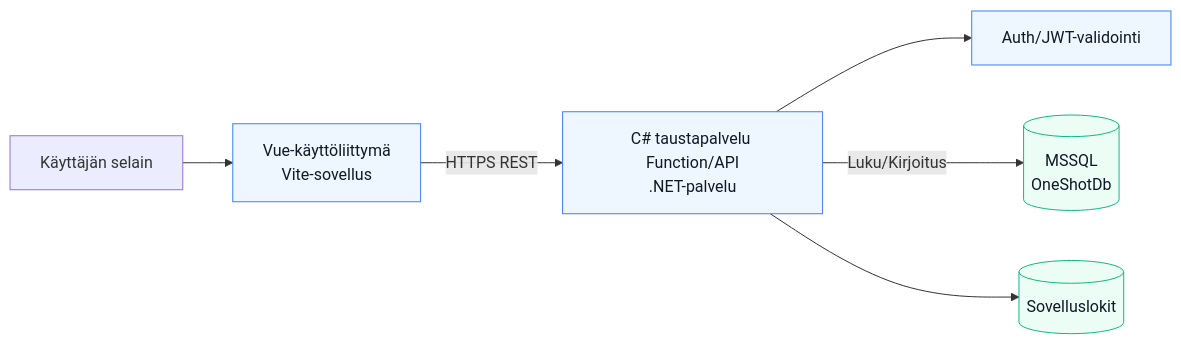
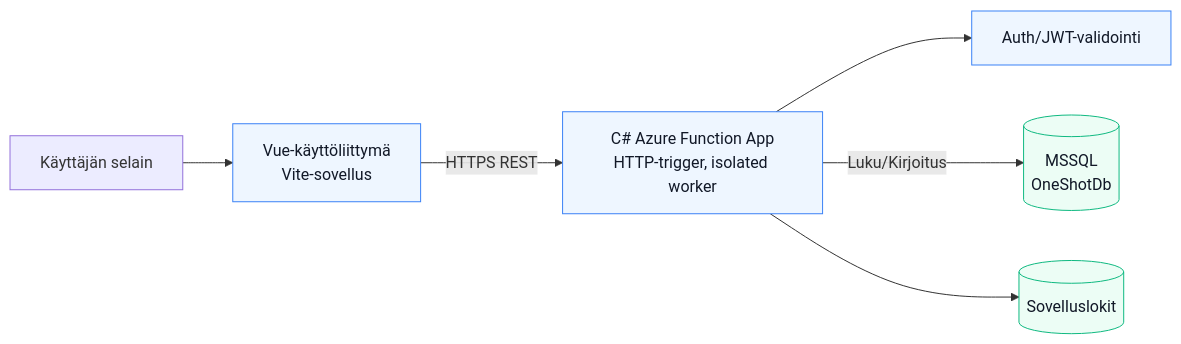
One commit to hvilppu/one-shot-web-page-boilerplate changed the diagram in docs/architecture.mmd. Above: the diagram before and after it, drawn with Mermaid. The commit also changed 7 other files, not shown here.

```diff
--- a/docs/architecture.mmd
+++ b/docs/architecture.mmd
@@ -1,21 +1,21 @@
 %% OneShot arkkitehtuurikaavio (Mermaid)
 flowchart LR
 
   user[Käyttäjän selain]
   vue[Vue-käyttöliittymä\nVite-sovellus]
-  api[C# taustapalvelu Function/API\n.NET-palvelu]
+  api[C# Azure Function App\nHTTP-trigger, isolated worker]
   auth[Auth/JWT-validointi]
   db[(MSSQL\nOneShotDb)]
   logs[(Sovelluslokit)]
 
   user --> vue
   vue -->|HTTPS REST| api
   api --> auth
   api -->|Luku/Kirjoitus| db
   api --> logs
 
   classDef app fill:#eef6ff,stroke:#3b82f6,stroke-width:1px,color:#111827;
   classDef data fill:#ecfdf5,stroke:#10b981,stroke-width:1px,color:#111827;
 
   class vue,api,auth app;
   class db,logs data;
```
